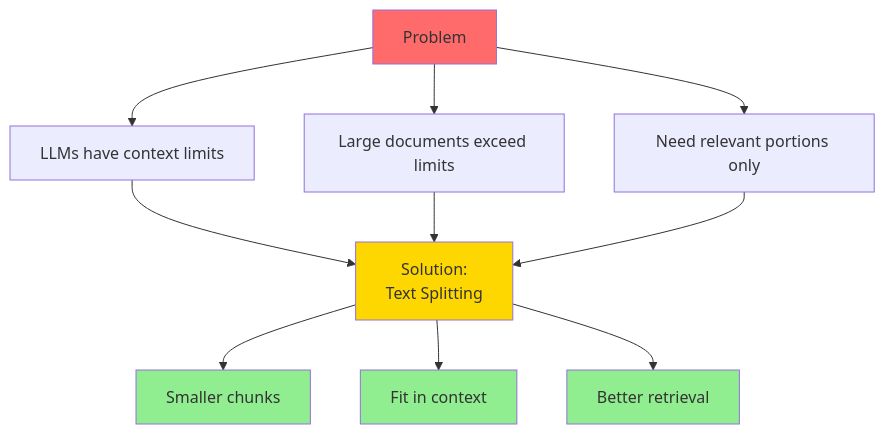
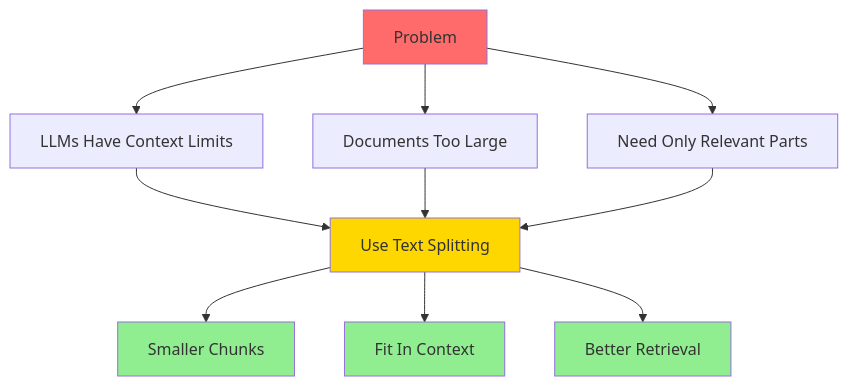
One commit to Kadiwalhussain/LangChain changed the second of 14 diagrams in 12.TextSplitters/README.md. Above: the diagram before and after it, drawn with Mermaid. The commit also changed other lines of this file and 2 other files, not shown here.

Commit message:
fix: corrected Mermaid diagrams in all README files

````diff
--- a/12.TextSplitters/README.md
+++ b/12.TextSplitters/README.md
@@ -42,20 +42,20 @@
 ```mermaid
 graph TD
-    A[Problem] --> B[LLMs have context limits]
-    A --> C[Large documents exceed limits]
-    A --> D[Need relevant portions only]
+    A[Problem] --> B[LLMs Have Context Limits]
+    A --> C[Documents Too Large]
+    A --> D[Need Only Relevant Parts]
     
-    B --> E[Solution:<br/>Text Splitting]
+    B --> E[Use Text Splitting]
     C --> E
     D --> E
     
-    E --> F[Smaller chunks]
-    E --> G[Fit in context]
-    E --> H[Better retrieval]
+    E --> F[Smaller Chunks]
+    E --> G[Fit In Context]
+    E --> H[Better Retrieval]
     
     style A fill:#FF6B6B
     style E fill:#FFD700
     style F fill:#90EE90
     style G fill:#90EE90
     style H fill:#90EE90
 ```
````
